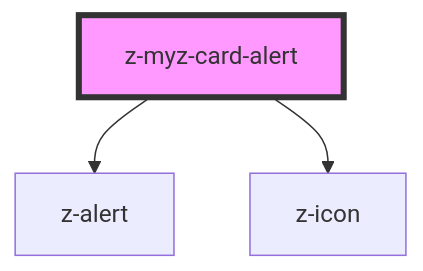
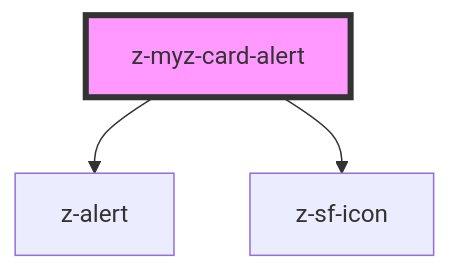
Before and after one commit to ZanichelliEditore/design-system: the diagram in src/snowflakes/myz/card/z-myz-card-alert/readme.md, drawn with Mermaid. The commit also changed other lines of this file and 25 other files, not shown here.

````diff
--- a/src/snowflakes/myz/card/z-myz-card-alert/readme.md
+++ b/src/snowflakes/myz/card/z-myz-card-alert/readme.md
@@ -64,6 +64,6 @@
 ```mermaid
 graph TD;
   z-myz-card-alert --> z-alert
-  z-myz-card-alert --> z-icon
+  z-myz-card-alert --> z-sf-icon
   style z-myz-card-alert fill:#f9f,stroke:#333,stroke-width:4px
 ```
````
